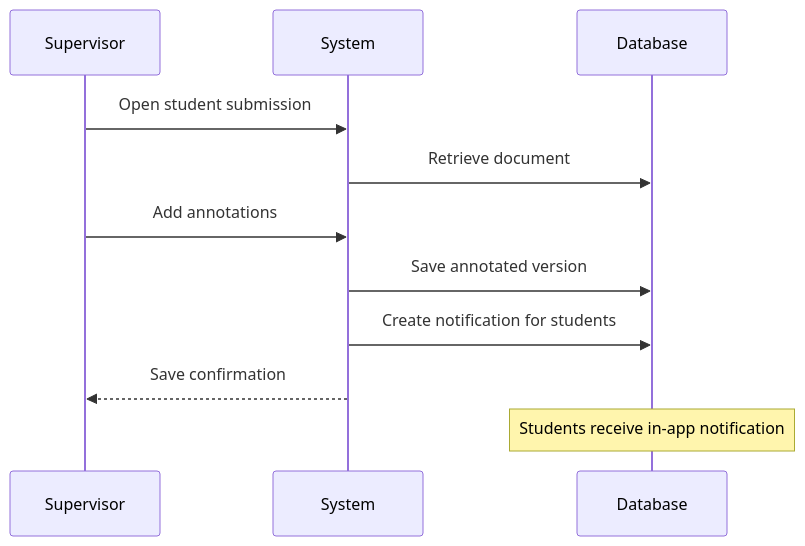
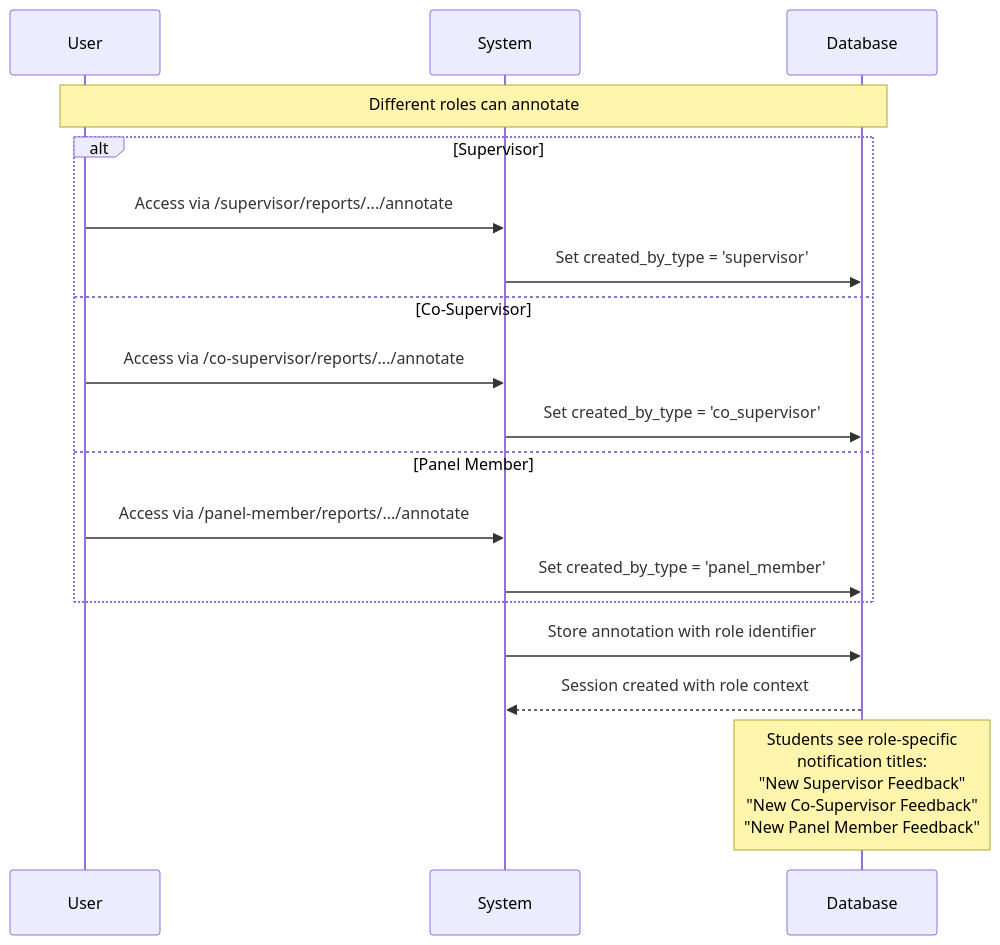
One commit to abdullah2323442/thesisrepo-backup changed the ninth of 23 diagrams in sequence.md. Above: the diagram before and after it, drawn with Mermaid. The commit also changed other lines of this file, not shown here.

````diff
--- a/sequence.md
+++ b/sequence.md
@@ -146,15 +375,24 @@
 ```mermaid
 sequenceDiagram
-    participant Supervisor
+    participant User
     participant System
     participant Database
-
-    Supervisor->>System: Open student submission
-    System->>Database: Retrieve document
-    Supervisor->>System: Add annotations
-    System->>Database: Save annotated version
-    System->>Database: Create notification for students
-    System-->>Supervisor: Save confirmation
     
-    Note over Database: Students receive in-app notification
+    Note over User,Database: Different roles can annotate
+    
+    alt Supervisor
+        User->>System: Access via /supervisor/reports/.../annotate
+        System->>Database: Set created_by_type = 'supervisor'
+    else Co-Supervisor
+        User->>System: Access via /co-supervisor/reports/.../annotate
+        System->>Database: Set created_by_type = 'co_supervisor'
+    else Panel Member
+        User->>System: Access via /panel-member/reports/.../annotate
+        System->>Database: Set created_by_type = 'panel_member'
+    end
+    
+    System->>Database: Store annotation with role identifier
+    Database-->>System: Session created with role context
+    
+    Note over Database: Students see role-specific<br/>notification titles:<br/>"New Supervisor Feedback"<br/>"New Co-Supervisor Feedback"<br/>"New Panel Member Feedback"
 ```
````
